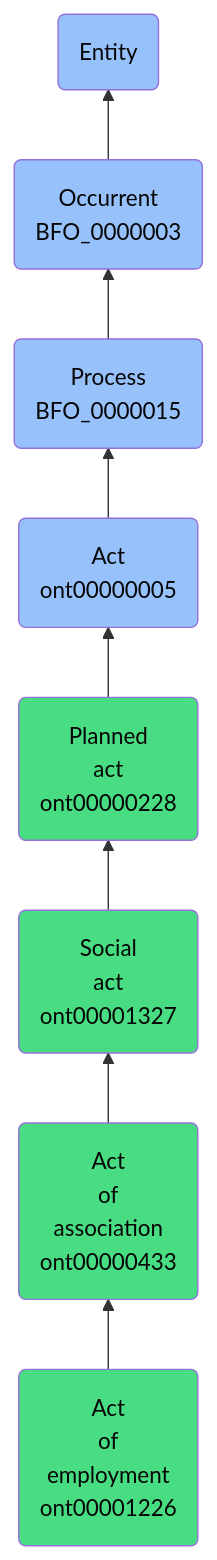
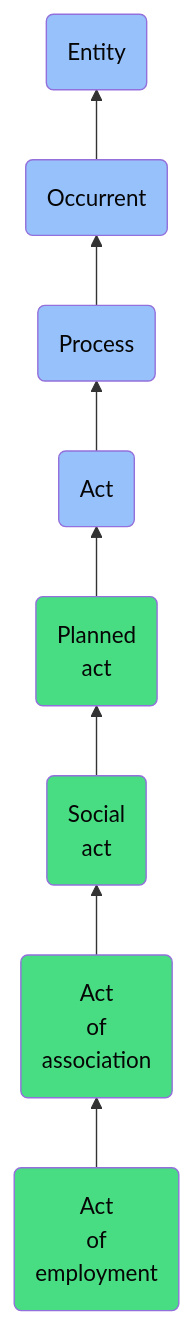
One commit to jupyter-naas/abi changed the diagram in docs/ontology/reference/model/Entity/Occurrent/Process/Act/Planned act/Social act/Act of association/Act of employment/Act of employment.md. Above: the diagram before and after it, drawn with Mermaid. The commit also changed other lines of this file and 1430 other files, not shown here.

````diff
--- a/docs/ontology/reference/model/Entity/Occurrent/Process/Act/Planned act/Social act/Act of association/Act of employment/Act of employment.md
+++ b/docs/ontology/reference/model/Entity/Occurrent/Process/Act/Planned act/Social act/Act of association/Act of employment/Act of employment.md
@@ -24,15 +24,15 @@
 ```mermaid
 graph BT
-    ont00001226(Act<br>of<br>employment<br>ont00001226):::ABI-->ont00000433
-    ont00000433(Act<br>of<br>association<br>ont00000433):::ABI-->ont00001327
-    ont00001327(Social<br>act<br>ont00001327):::ABI-->ont00000228
-    ont00000228(Planned<br>act<br>ont00000228):::ABI-->ont00000005
-    ont00000005(Act<br>ont00000005):::BFO-->BFO_0000015
-    BFO_0000015(Process<br>BFO_0000015):::BFO-->BFO_0000003
-    BFO_0000003(Occurrent<br>BFO_0000003):::BFO-->BFO_0000001
+    ont00001226(Act<br>of<br>employment):::ABI-->ont00000433
+    ont00000433(Act<br>of<br>association):::ABI-->ont00001327
+    ont00001327(Social<br>act):::ABI-->ont00000228
+    ont00000228(Planned<br>act):::ABI-->ont00000005
+    ont00000005(Act):::BFO-->BFO_0000015
+    BFO_0000015(Process):::BFO-->BFO_0000003
+    BFO_0000003(Occurrent):::BFO-->BFO_0000001
     BFO_0000001(Entity):::BFO
     
     classDef BFO fill:#97c1fb,color:#060606
     classDef CCO fill:#e4c51e,color:#060606
     classDef ABI fill:#48DD82,color:#060606
 ```
````
